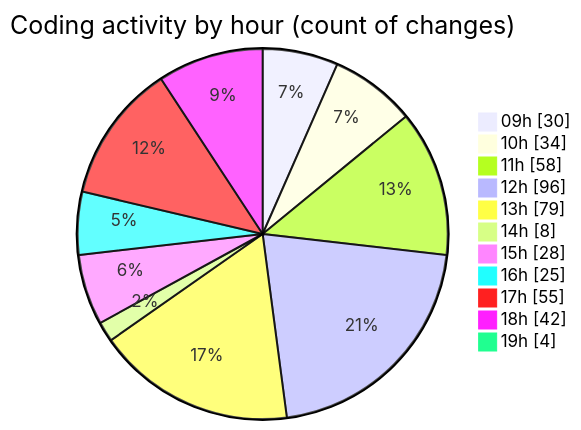
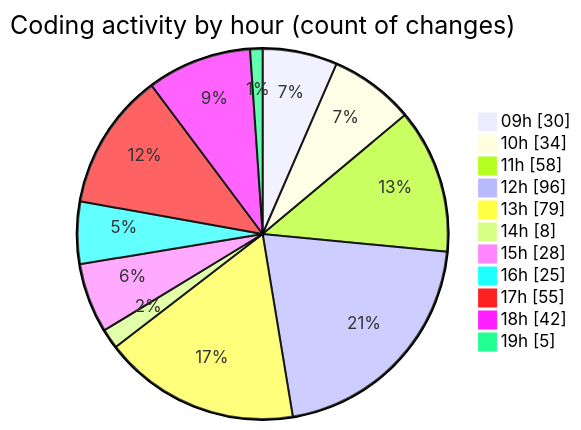
One commit to momahboobian/code-tracking changed the second of 2 diagrams in 2025-04-02/cda/README.md. Above: the diagram before and after it, drawn with Mermaid. The commit also changed other lines of this file and 1 other file, not shown here.

````diff
--- a/2025-04-02/cda/README.md
+++ b/2025-04-02/cda/README.md
@@ -40,15 +40,15 @@
 ```mermaid
 pie showData
 title Coding activity by hour (count of changes)
 "09h" : 30
 "10h" : 34
 "11h" : 58
 "12h" : 96
 "13h" : 79
 "14h" : 8
 "15h" : 28
 "16h" : 25
 "17h" : 55
 "18h" : 42
-"19h" : 4
+"19h" : 5
 ```
````
